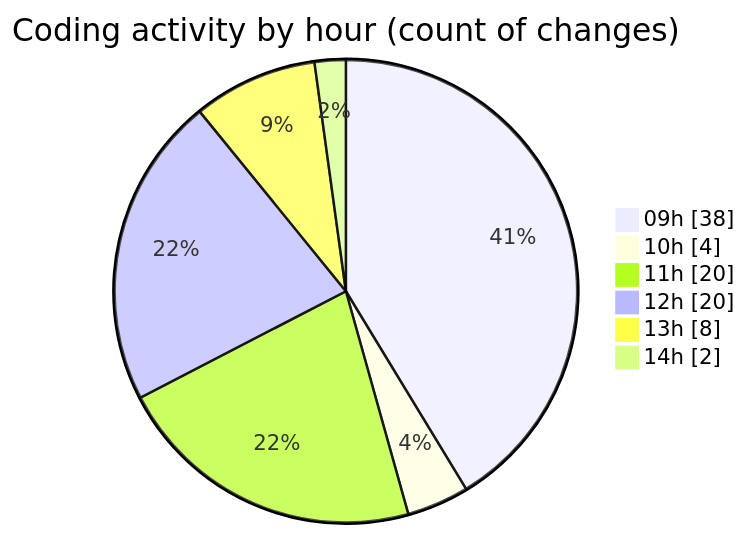
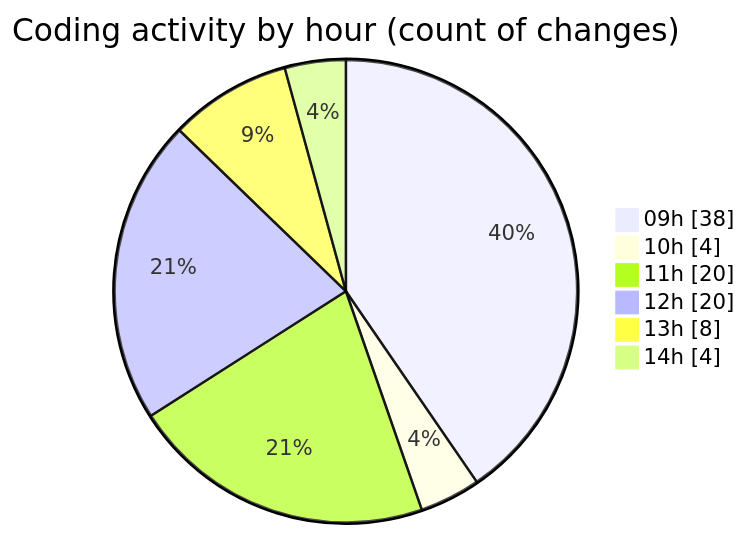
The second of 2 diagrams in 2026-09-18/cda/README.md (momahboobian/code-tracking), drawn with Mermaid before and after one commit. The commit also changed other lines of this file and 1 other file, not shown here.

````diff
--- a/2026-09-18/cda/README.md
+++ b/2026-09-18/cda/README.md
@@ -72,10 +72,10 @@
 ```mermaid
 pie showData
 title Coding activity by hour (count of changes)
 "09h" : 38
 "10h" : 4
 "11h" : 20
 "12h" : 20
 "13h" : 8
-"14h" : 2
+"14h" : 4
 ```
````
